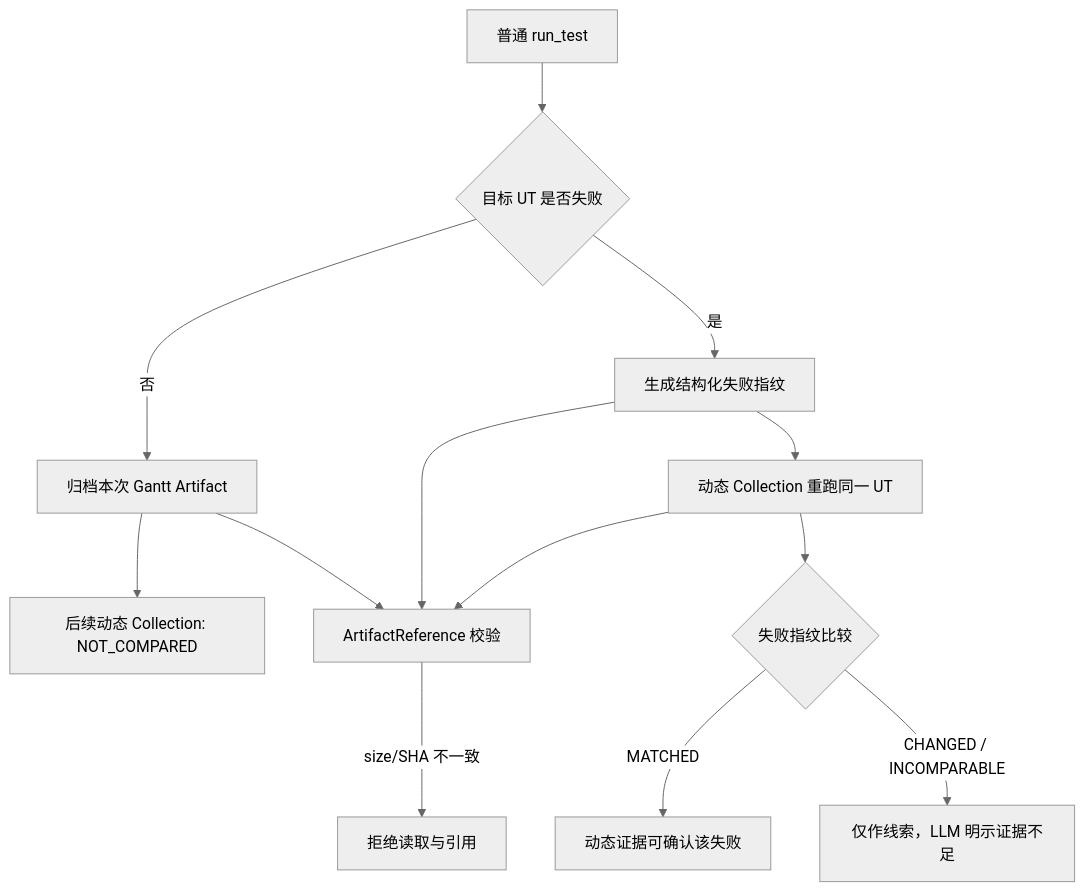
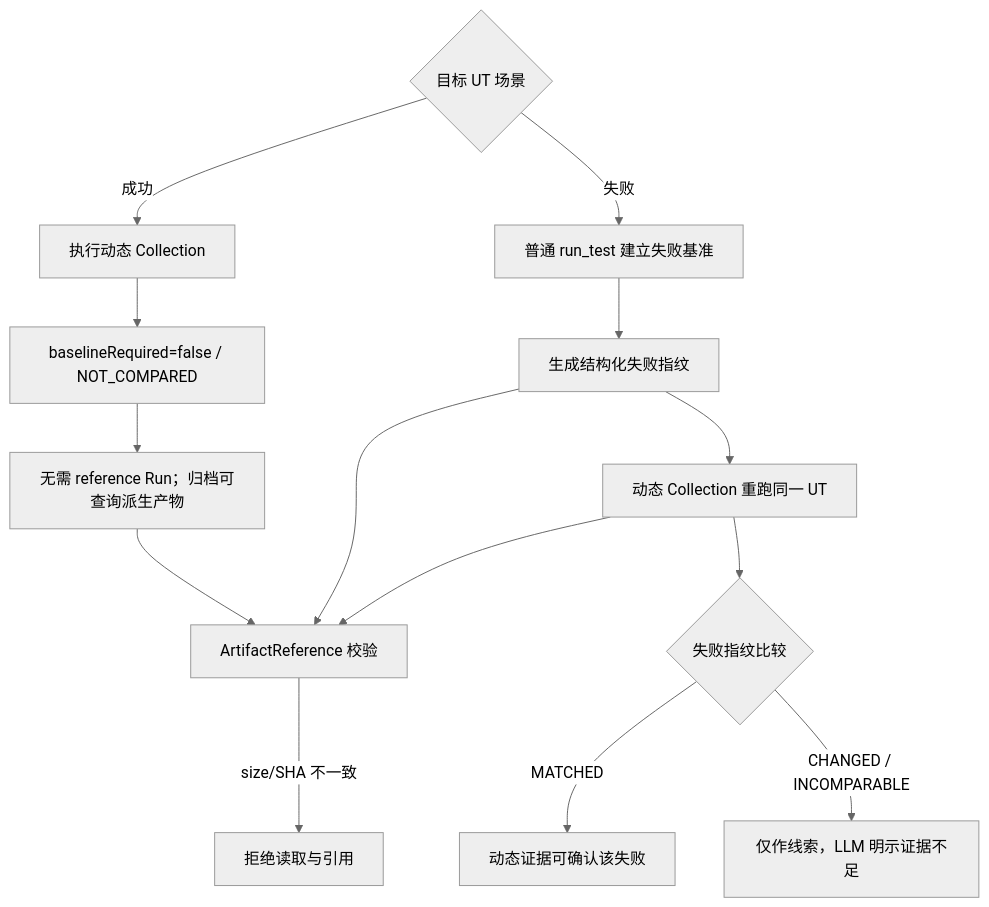
The diagram in docs/decisions/ADR-008-json-content-fingerprint-baseline.md (mh90901119-oss/algorithm-debug-agent), drawn with Mermaid (neutral theme) before and after one commit. The commit also changed other lines of this file and 23 other files, not shown here.

````diff
--- a/docs/decisions/ADR-008-json-content-fingerprint-baseline.md
+++ b/docs/decisions/ADR-008-json-content-fingerprint-baseline.md
@@ -63,15 +63,17 @@
 ```mermaid
 flowchart TD
-    R["普通 run_test"] --> Q{"目标 UT 是否失败"}
-    Q -->|"否"| G["归档本次 Gantt Artifact"]
-    G --> N["后续动态 Collection: NOT_COMPARED"]
-    Q -->|"是"| F["生成结构化失败指纹"]
+    T{"目标 UT 场景"}
+    T -->|"成功"| S["执行动态 Collection"]
+    S --> N["baselineRequired=false / NOT_COMPARED"]
+    N --> E["无需 reference Run；归档可查询派生产物"]
+    T -->|"失败"| R["普通 run_test 建立失败基准"]
+    R --> F["生成结构化失败指纹"]
     F --> C["动态 Collection 重跑同一 UT"]
     C --> D{"失败指纹比较"}
     D -->|"MATCHED"| U["动态证据可确认该失败"]
     D -->|"CHANGED / INCOMPARABLE"| H["仅作线索，LLM 明示证据不足"]
-    G --> A["ArtifactReference 校验"]
+    E --> A["ArtifactReference 校验"]
     F --> A
     C --> A
     A -->|"size/SHA 不一致"| B["拒绝读取与引用"]
 ```
````
